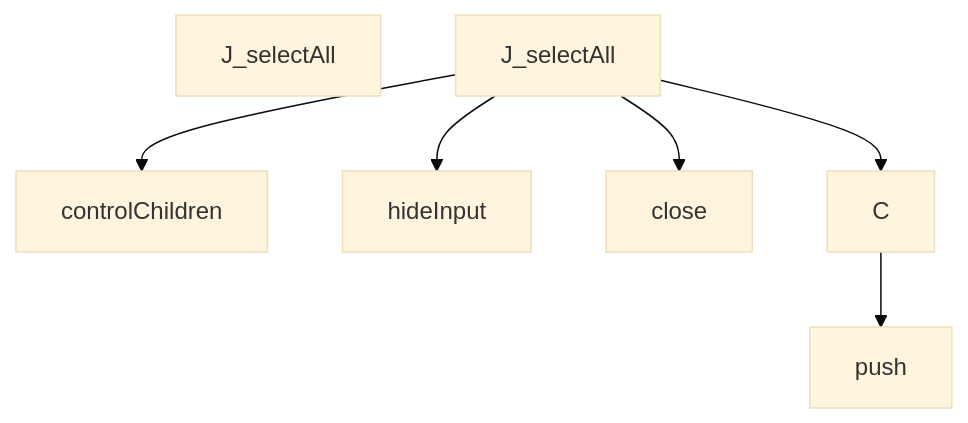
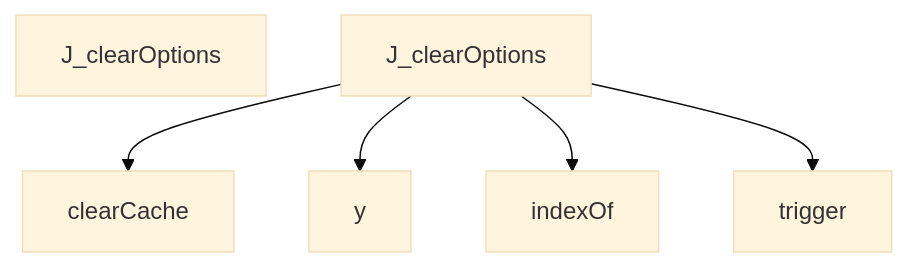
Before and after one commit to hazalkoom/DECODEx01: diagram 18 of 26 in docs/DATA_FLOW.md, drawn with Mermaid (base theme). The commit also changed other lines of this file and 15 other files, not shown here.

Commit message:
feat: NLG phases 2-4 - API scanner, few-shot schema, and story generator

````diff
--- a/docs/DATA_FLOW.md
+++ b/docs/DATA_FLOW.md
@@ -583,25 +651,21 @@
 ```mermaid
 graph TD
-    Start[J_selectAll]
+    Start[J_clearOptions]
 
 
-    J_selectAll --> controlChildren
+    J_clearOptions --> clearCache
 
 
 
-    J_selectAll --> hideInput
+    J_clearOptions --> y
 
 
 
-    J_selectAll --> close
+    J_clearOptions --> indexOf
 
 
 
-    J_selectAll --> C
-
-
-
-    C --> push
+    J_clearOptions --> trigger
 
 
 ```
````
